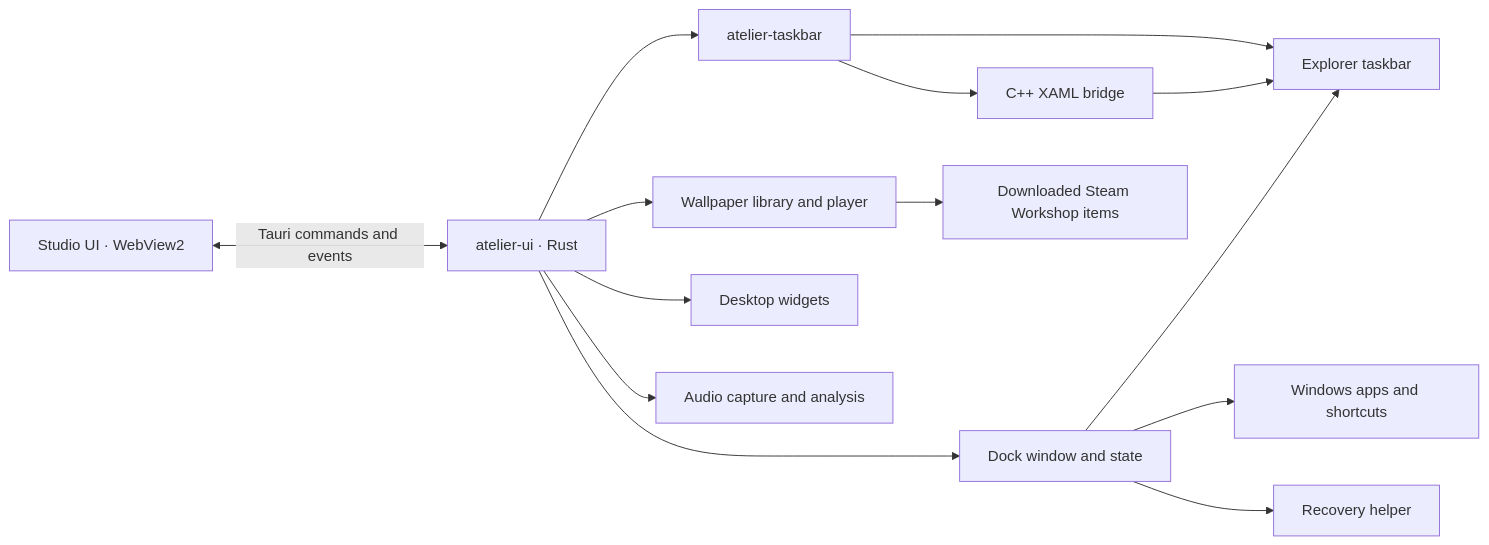
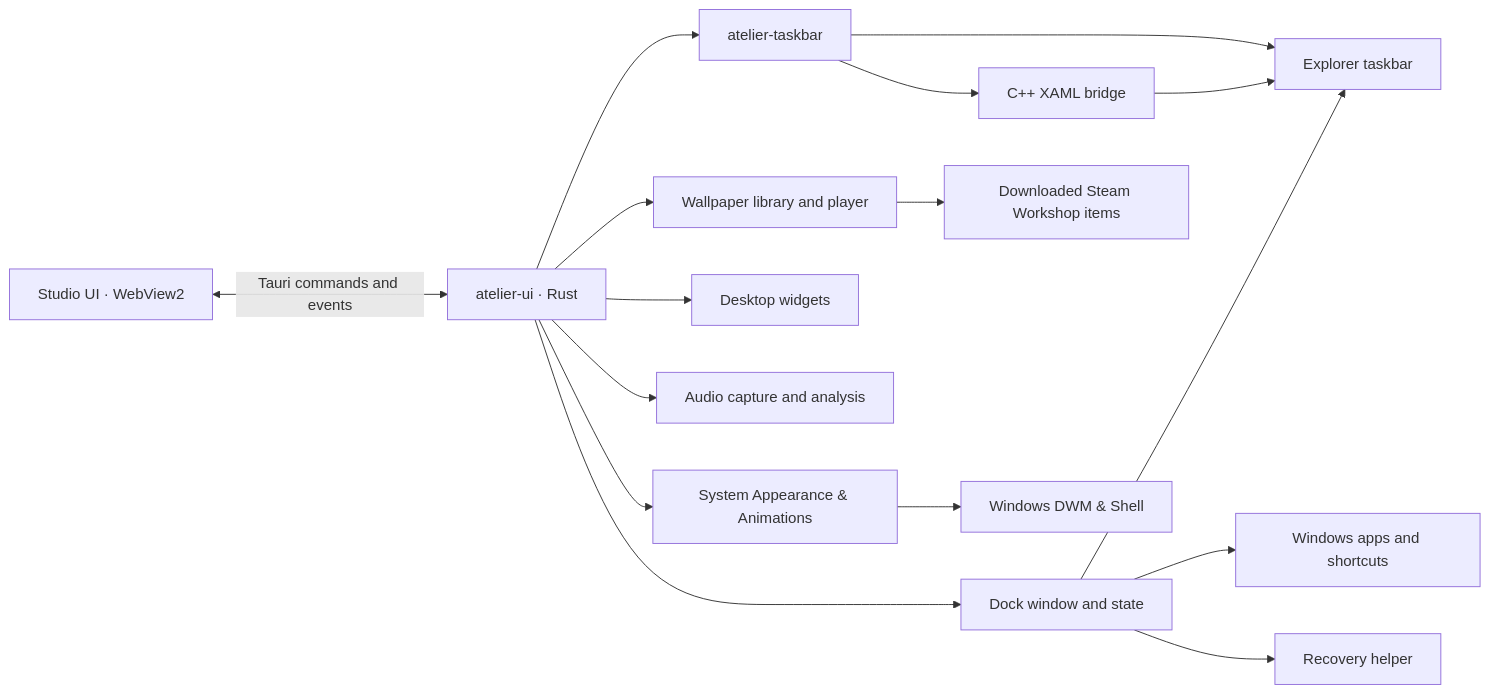
Before and after one commit to TheTechIndustry/Atelier: the diagram in README.md, drawn with Mermaid. The commit also changed other lines of this file and 1 other file, not shown here.

````diff
--- a/README.md
+++ b/README.md
@@ -34,16 +45,18 @@
 ```mermaid
 flowchart LR
     Studio["Studio UI · WebView2"] <-->|"Tauri commands and events"| App["atelier-ui · Rust"]
     App --> Taskbar["atelier-taskbar"]
     Taskbar --> Explorer["Explorer taskbar"]
     Taskbar --> Bridge["C++ XAML bridge"]
     Bridge --> Explorer
     App --> Dock["Dock window and state"]
     Dock --> Explorer
     Dock --> Apps["Windows apps and shortcuts"]
     App --> Wallpaper["Wallpaper library and player"]
     Wallpaper --> Steam["Downloaded Steam Workshop items"]
     App --> Widgets["Desktop widgets"]
     App --> Audio["Audio capture and analysis"]
+    App --> Appearance["System Appearance & Animations"]
+    Appearance --> DWM["Windows DWM & Shell"]
     Dock --> Guardian["Recovery helper"]
 ```
````
